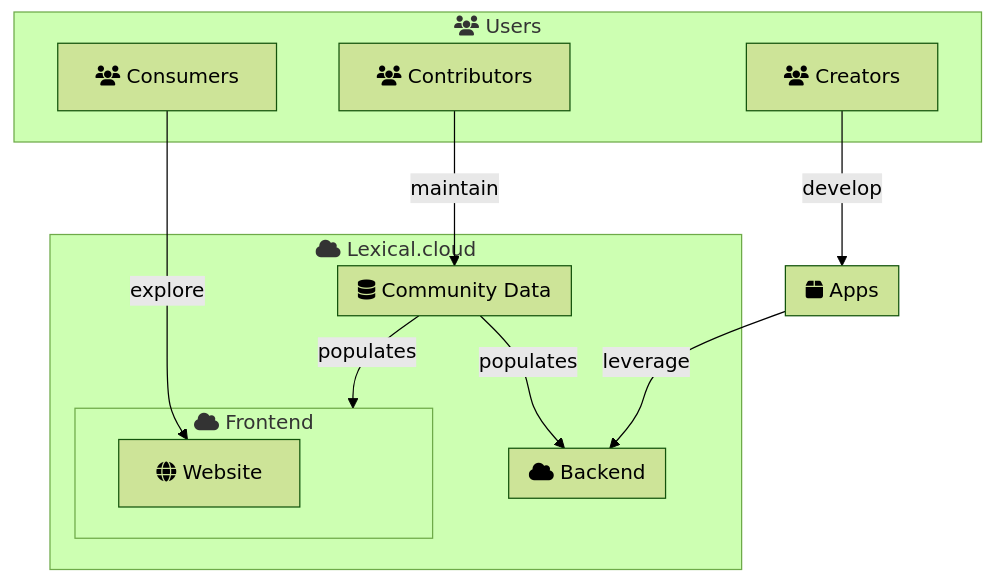
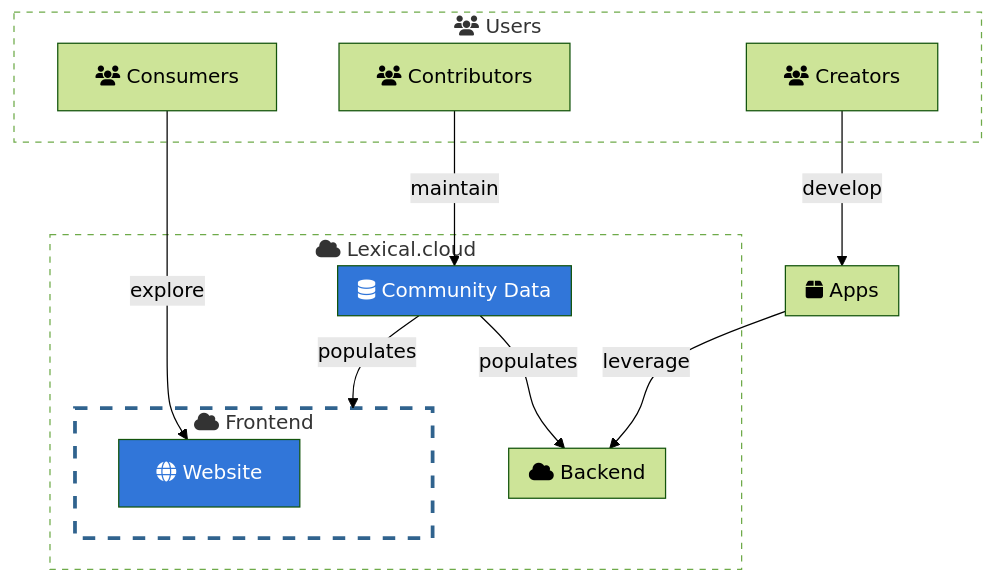
The fifth of 12 diagrams in en/pages/project.md (lexical-cloud/lexical-cloud-docs), drawn with Mermaid (forest theme) before and after one commit. The commit also changed other lines of this file, not shown here.

````diff
--- a/en/pages/project.md
+++ b/en/pages/project.md
@@ -277,38 +312,43 @@
 ```mermaid
 flowchart TD
 %% entities
   U1["fa:fa-users Consumers"]
   U2["fa:fa-users Contributors"]
   U3["fa:fa-users Creators"]
   O1["fa:fa-globe Website"]
 %% groups
   subgraph G1["fa:fa-users Users"]
     U1
     U2
     U3
   end
   subgraph G2["fa:fa-box Apps"]
   end
   subgraph G3["fa:fa-cloud Lexical.cloud"]
     G4
     G5
     G6
   end
   subgraph G4["fa:fa-database Community Data"]
   end
   subgraph G5["fa:fa-cloud Backend"]
   end
   subgraph G6["fa:fa-cloud Frontend"]
     O1
   end
 %% relationships
   U1 -->|explore| O1 
   U2 -->|maintain| G4 
   U3 -->|develop| G2
   G4 -->|populates| G5
   G4 -->|populates| G6
   G2 -->|leverage| G5
+%% styles
+  classDef clickable fill:#3176d9,color:white
+  style G1 fill:white,stroke-dasharray:5;
+  style G3 fill:white,stroke-dasharray:5;
+  style G6 fill:white,stroke:#30638E,stroke-dasharray:10,stroke-width:3px;
 %% interactions
   click G4 "#community-data"
   click O1 "#website"
 ```
````
